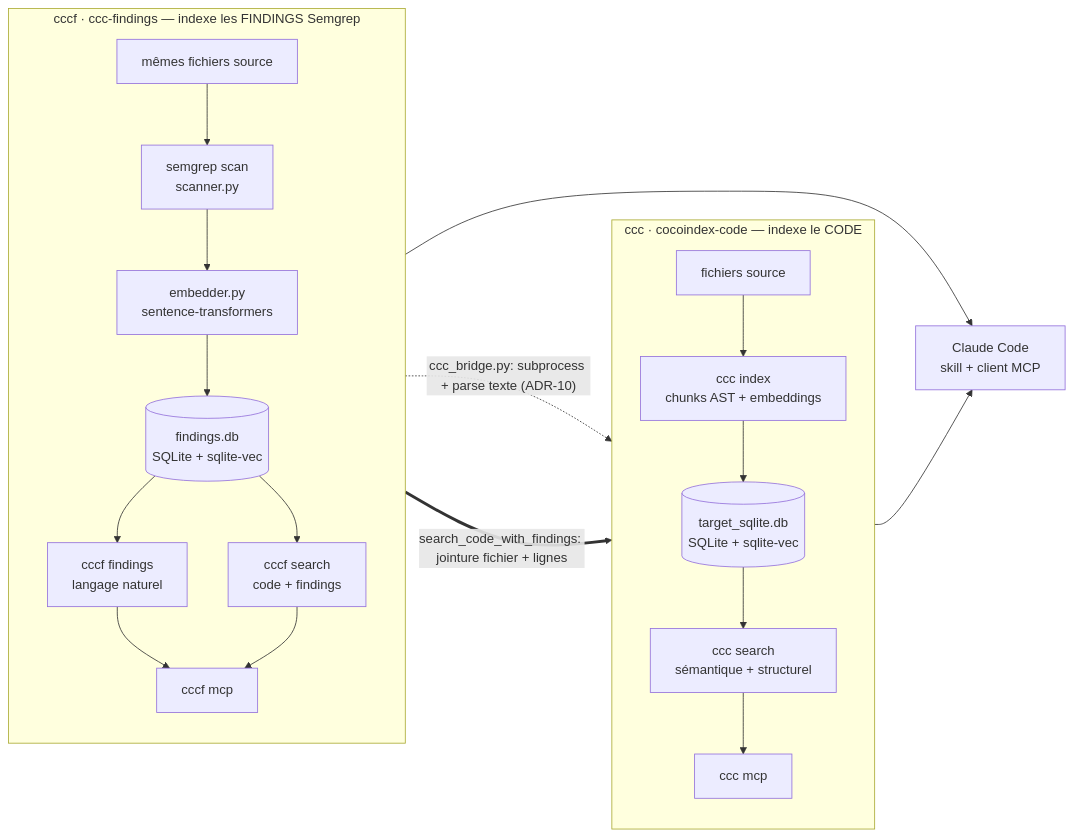
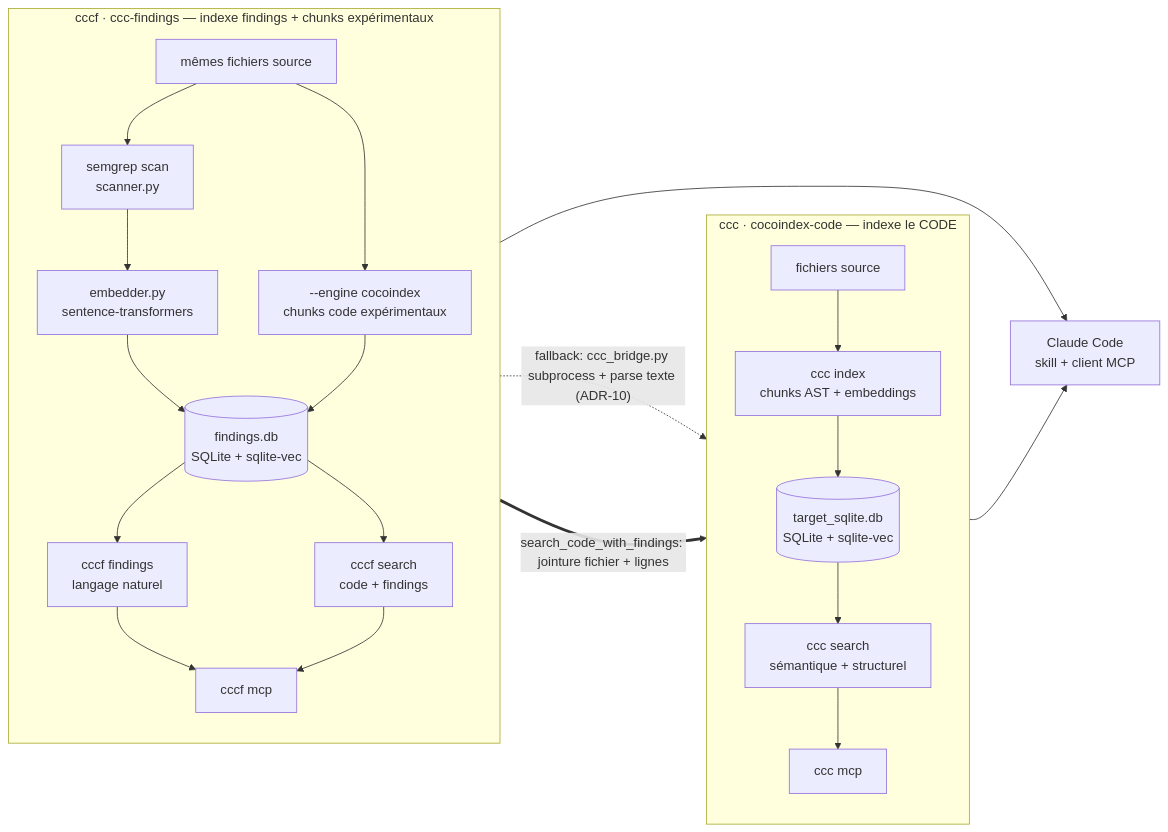
Before and after one commit to elkouhen/ccc-findings: the diagram in README.md, drawn with Mermaid. The commit also changed other lines of this file and 13 other files, not shown here.

````diff
--- a/README.md
+++ b/README.md
@@ -19,36 +20,39 @@
 ```mermaid
 flowchart LR
     subgraph ccc["ccc · cocoindex-code — indexe le CODE"]
         direction TB
         CODE["fichiers source"] --> CIDX["ccc index
 chunks AST + embeddings"]
         CIDX --> CDB[("target_sqlite.db
 SQLite + sqlite-vec")]
         CDB --> CSEARCH["ccc search
 sémantique + structurel"]
         CSEARCH --> CMCP["ccc mcp"]
     end
 
-    subgraph cccf["cccf · ccc-findings — indexe les FINDINGS Semgrep"]
+    subgraph cccf["cccf · ccc-findings — indexe findings + chunks expérimentaux"]
         direction TB
         REPO["mêmes fichiers source"] --> SCAN["semgrep scan
 scanner.py"]
         SCAN --> EMB["embedder.py
 sentence-transformers"]
         EMB --> FDB[("findings.db
 SQLite + sqlite-vec")]
+        REPO --> XCHUNKS["--engine cocoindex
+chunks code expérimentaux"]
+        XCHUNKS --> FDB
         FDB --> FFIND["cccf findings
 langage naturel"]
         FDB --> FSEARCH["cccf search
 code + findings"]
         FFIND --> FMCP["cccf mcp"]
         FSEARCH --> FMCP
     end
 
-    FSEARCH -. "ccc_bridge.py: subprocess + parse texte (ADR-10)" .-> CSEARCH
+    FSEARCH -. "fallback: ccc_bridge.py subprocess + parse texte (ADR-10)" .-> CSEARCH
     FMCP == "search_code_with_findings: jointure fichier + lignes" ==> CMCP
 
     CMCP --> AGENT["Claude Code
 skill + client MCP"]
     FMCP --> AGENT
 ```
````
